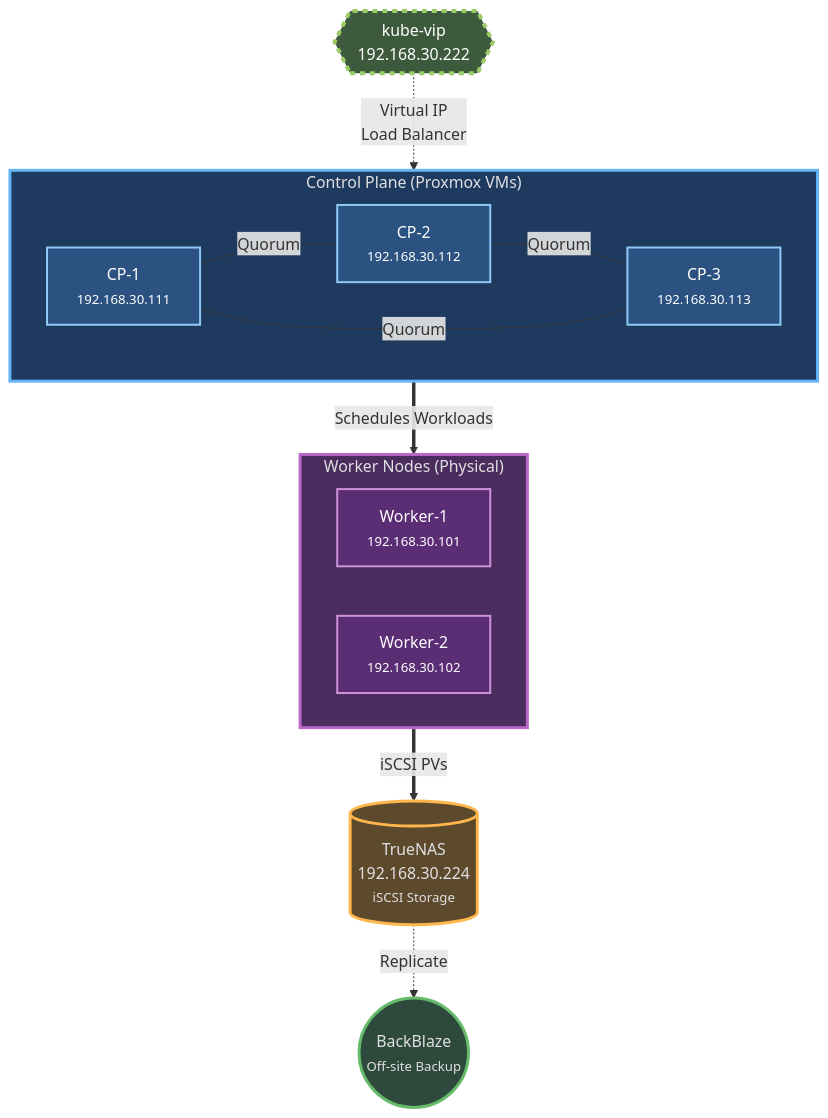
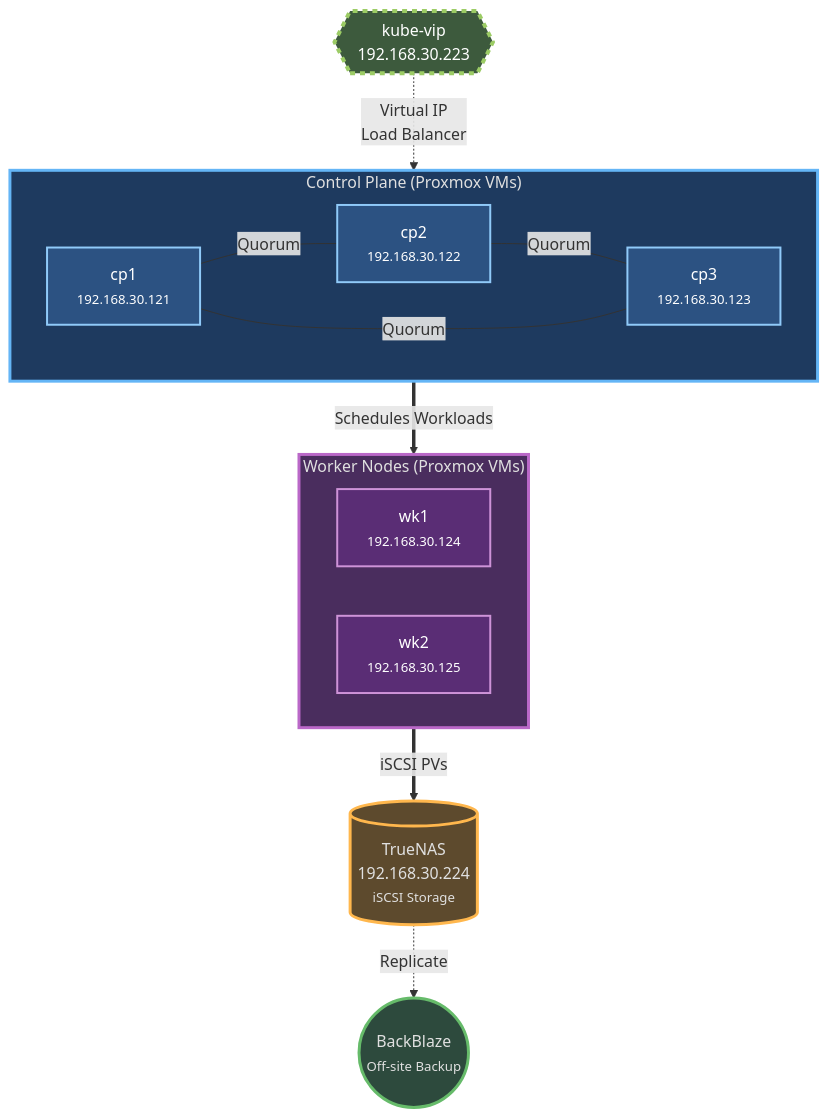
The diagram in docs/node.md (scottseotech/k3s-ansible), drawn with Mermaid before and after one commit. The commit also changed other lines of this file and 4 other files, not shown here.

````diff
--- a/docs/node.md
+++ b/docs/node.md
@@ -11,41 +10,41 @@
 ```mermaid
 graph TB
-    VIP{{"kube-vip<br/>192.168.30.222"}}
+    VIP{{"kube-vip<br/>192.168.30.223"}}
 
     subgraph Proxmox["Control Plane (Proxmox VMs)"]
         direction LR
-        CP1["CP-1<br/><small>192.168.30.111</small>"]
-        CP2["CP-2<br/><small>192.168.30.112</small>"]
-        CP3["CP-3<br/><small>192.168.30.113</small>"]
+        CP1["cp1<br/><small>192.168.30.121</small>"]
+        CP2["cp2<br/><small>192.168.30.122</small>"]
+        CP3["cp3<br/><small>192.168.30.123</small>"]
     end
 
-    subgraph Physical["Worker Nodes (Physical)"]
+    subgraph Physical["Worker Nodes (Proxmox VMs)"]
         direction LR
-        W1["Worker-1<br/><small>192.168.30.101</small>"]
-        W2["Worker-2<br/><small>192.168.30.102</small>"]
+        W1["wk1<br/><small>192.168.30.124</small>"]
+        W2["wk2<br/><small>192.168.30.125</small>"]
     end
 
     NAS[("TrueNAS<br/>192.168.30.224<br/><small>iSCSI Storage</small>")]
     BB(("BackBlaze<br/><small>Off-site Backup</small>"))
 
     VIP -.->|"Virtual IP<br/>Load Balancer"| Proxmox
 
     CP1 ---|Quorum| CP2
     CP2 ---|Quorum| CP3
     CP3 ---|Quorum| CP1
 
     Proxmox ==>|Schedules Workloads| Physical
     Physical ==>|iSCSI PVs| NAS
     NAS -.->|Replicate| BB
 
     style VIP fill:#3d5a3d,stroke:#9ccc65,stroke-width:4px,color:#fff,stroke-dasharray: 5 5
     style Proxmox fill:#1e3a5f,stroke:#64b5f6,stroke-width:3px,color:#e0e0e0
     style Physical fill:#4a2d5e,stroke:#ba68c8,stroke-width:3px,color:#e0e0e0
     style NAS fill:#5d4a2d,stroke:#ffb74d,stroke-width:3px,color:#e0e0e0
     style BB fill:#2d4a3d,stroke:#66bb6a,stroke-width:3px,color:#e0e0e0
     style CP1 fill:#2c5282,stroke:#90caf9,color:#fff,stroke-width:2px
     style CP2 fill:#2c5282,stroke:#90caf9,color:#fff,stroke-width:2px
     style CP3 fill:#2c5282,stroke:#90caf9,color:#fff,stroke-width:2px
     style W1 fill:#5a2d75,stroke:#ce93d8,color:#fff,stroke-width:2px
     style W2 fill:#5a2d75,stroke:#ce93d8,color:#fff,stroke-width:2px
 ```
````
